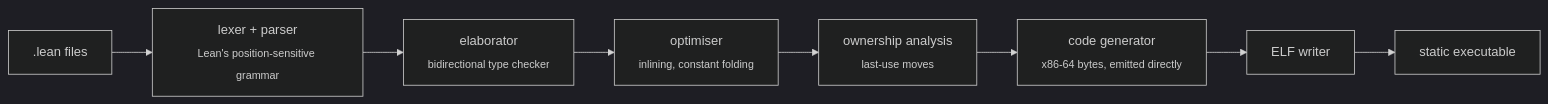
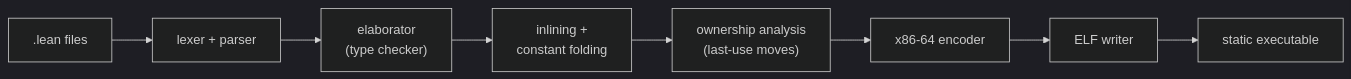
Before and after one commit to MidTermDev/lean-Solana-client: the first of 2 diagrams in README.md, drawn with Mermaid (dark theme). The commit also changed other lines of this file and 3 other files, not shown here.

````diff
--- a/README.md
+++ b/README.md
@@ -123,10 +123,10 @@
 ```mermaid
 flowchart LR
-    A[".lean files"] --> B["lexer + parser<br/><sub>Lean's position-sensitive grammar</sub>"]
-    B --> C["elaborator<br/><sub>bidirectional type checker</sub>"]
-    C --> D["optimiser<br/><sub>inlining, constant folding</sub>"]
-    D --> E["ownership analysis<br/><sub>last-use moves</sub>"]
-    E --> F["code generator<br/><sub>x86-64 bytes, emitted directly</sub>"]
+    A[".lean files"] --> B["lexer + parser"]
+    B --> C["elaborator<br/>(type checker)"]
+    C --> D["inlining +<br/>constant folding"]
+    D --> E["ownership analysis<br/>(last-use moves)"]
+    E --> F["x86-64 encoder"]
     F --> G["ELF writer"]
     G --> H["static executable"]
 ```
````
